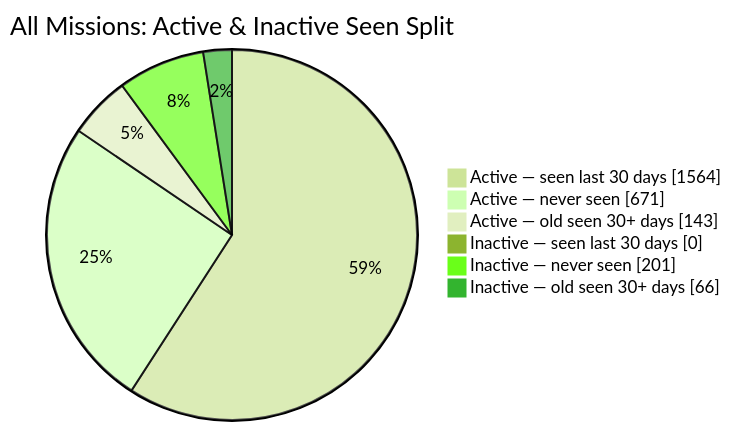
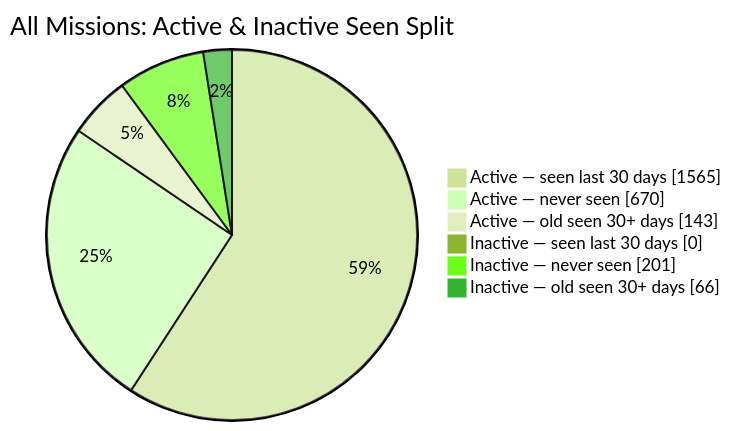
Before and after one commit to MeldkamerspelGameTeam/active-missions: the second of 2 diagrams in README.md, drawn with Mermaid (forest theme). The commit also changed other lines of this file and 2 other files, not shown here.

````diff
--- a/README.md
+++ b/README.md
@@ -44,10 +44,10 @@
 ```mermaid
 pie showData
     title All Missions: Active & Inactive Seen Split
-    "Active — seen last 30 days" : 1564
-    "Active — never seen" : 671
+    "Active — seen last 30 days" : 1565
+    "Active — never seen" : 670
     "Active — old seen 30+ days" : 143
     "Inactive — seen last 30 days" : 0
     "Inactive — never seen" : 201
     "Inactive — old seen 30+ days" : 66
 ```
````
